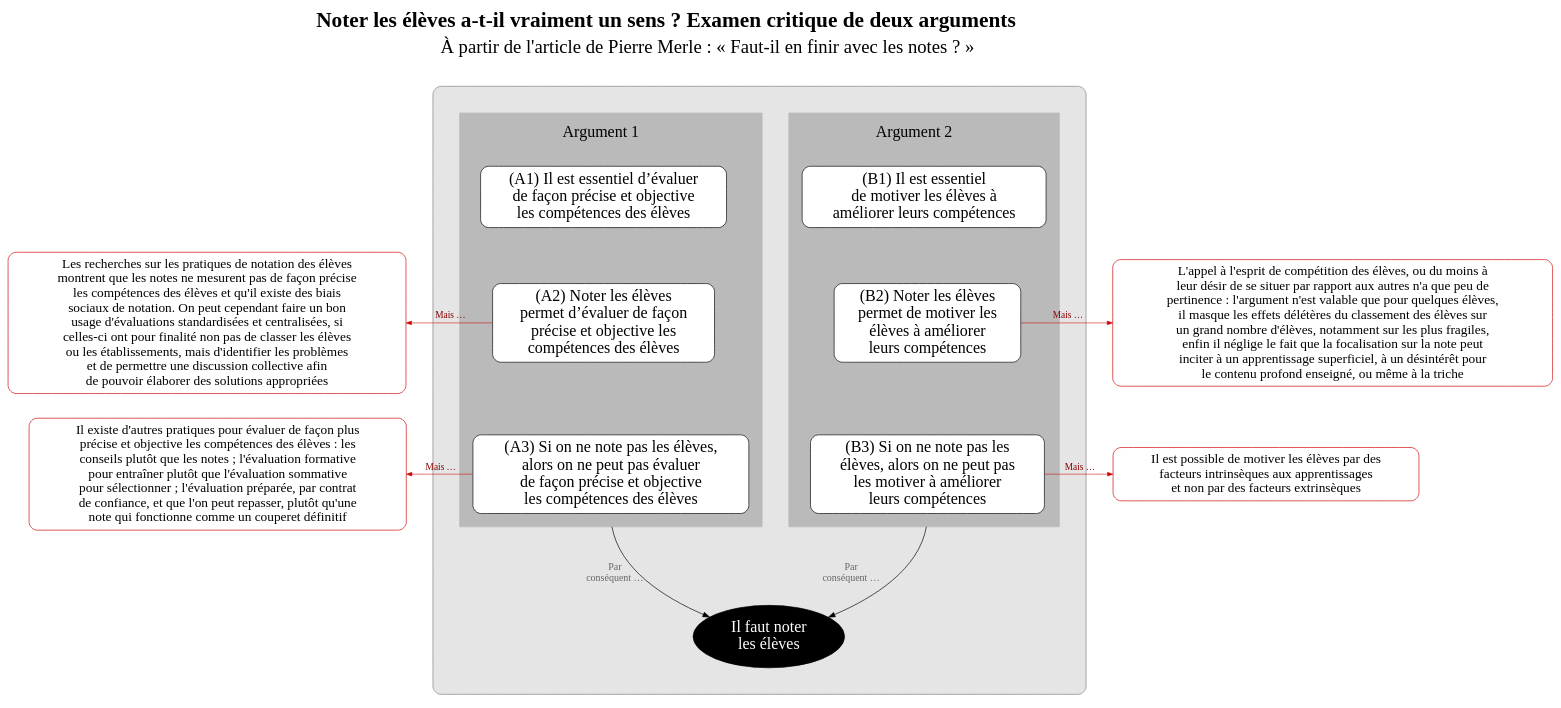
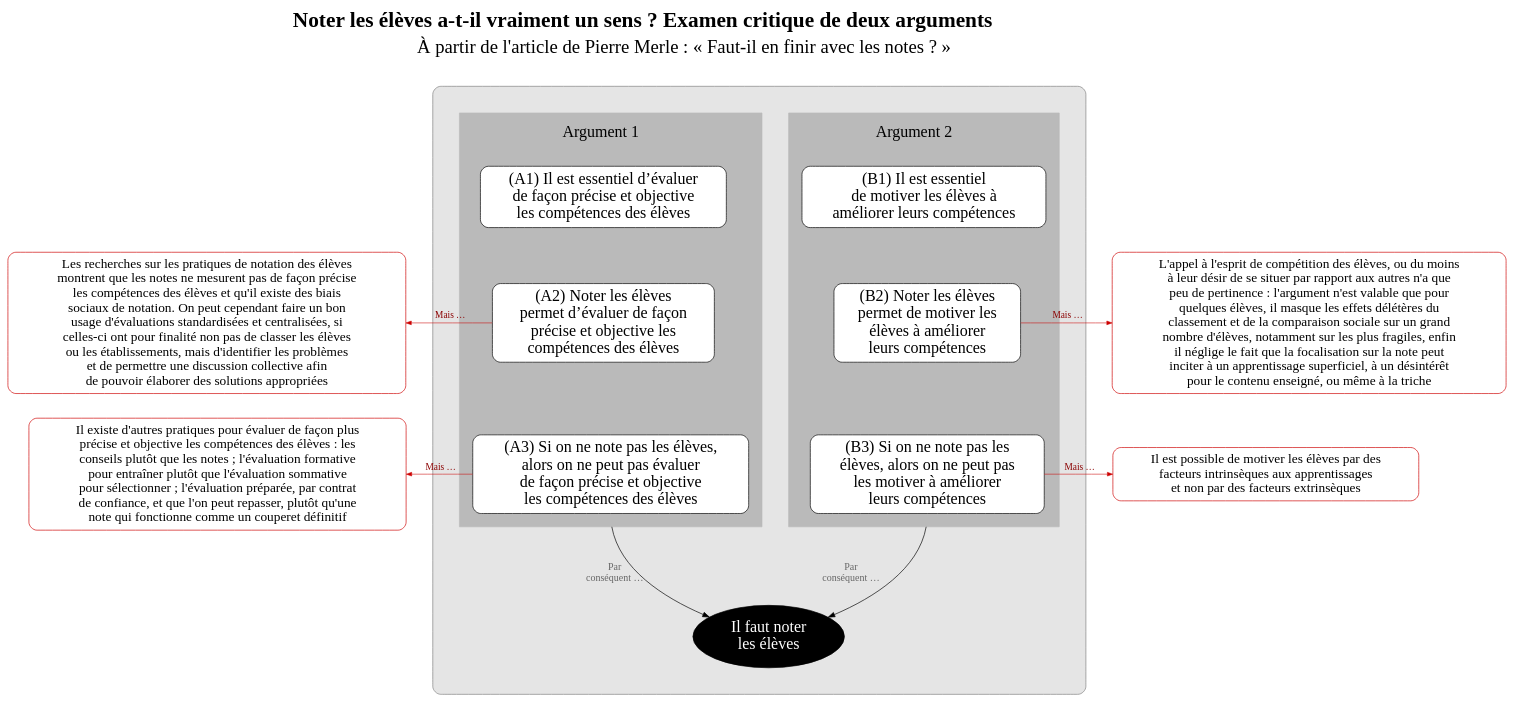
One commit to eyssette/graphviz-examples changed the diagram in argument/noter-les-eleves-objections-de-Pierre-Merle.dot. Above: the diagram before and after it, drawn with Graphviz.

```diff
--- a/argument/noter-les-eleves-objections-de-Pierre-Merle.dot
+++ b/argument/noter-les-eleves-objections-de-Pierre-Merle.dot
@@ -1,129 +1,130 @@
 digraph G {
 splines=true
 newrank=true
 compound=true
 
 label=<<FONT point-size="32"><b>Noter les élèves a-t-il vraiment un sens ? Examen critique de deux arguments</b><br/><FONT point-size="10"><br/></FONT><FONT point-size="28">À partir de l'article de Pierre Merle : « Faut-il en finir avec les notes ? »</FONT><br/><br/></FONT>>
 labelloc=t
 
 node[color=red3, style="rounded, filled", shape="box", fillcolor=white, penwidth=1, fontcolor=black, fontsize=20, margin=0.1]
 ob2[label="Les recherches sur les pratiques de notation des élèves
 montrent que les notes ne mesurent pas de façon précise
 les compétences des élèves et qu'il existe des biais
 sociaux de notation. On peut cependant faire un bon
 usage d'évaluations standardisées et centralisées, si
 celles-ci ont pour finalité non pas de classer les élèves
 ou les établissements, mais d'identifier les problèmes
 et de permettre une discussion collective afin
 de pouvoir élaborer des solutions appropriées"]
 ob3[label="Il existe d'autres pratiques pour évaluer de façon plus
 précise et objective les compétences des élèves : les
 conseils plutôt que les notes ; l'évaluation formative
 pour entraîner plutôt que l'évaluation sommative
 pour sélectionner ; l'évaluation préparée, par contrat
 de confiance, et que l'on peut repasser, plutôt qu'une
 note qui fonctionne comme un couperet définitif"]
 
 node[shape=box, fillcolor=white, style="filled,rounded", color=black, fontsize=24, penwidth=1,fontcolor=black, margin=0.1]
 edge[minlen=2,color=red3, penwidth=0.8, arrowsize=0.8, label=" Mais …", fontcolor=red4,fontsize=14]
 {rank=same;ob2->pb2[dir=back]}
 {rank=same;ob3->pb3[dir=back]}
 
 subgraph cluster_0 {
 label=""
 bgcolor=grey90
 style=rounded
 color=grey50
 margin=40
 
 
 
 node[shape=box, fillcolor=white, style="filled,rounded", color=black]
 edge[label="",xlabel="Par
 conséquent …",fontcolor=grey40;fontsize=15,minlen=3,color=black,penwidth=1, arrowsize=1]
 
 
 
 subgraph cluster_1 {
 label=<<br/><font point-size="24">Argument 2<br/></font><br/>>
 style="box"
 margin=20
 bgcolor=grey73
 color=grey73
 
 p1[label="(B1) Il est essentiel
 de motiver les élèves à
 améliorer leurs compétences"]
 
 p2[label="(B2) Noter les élèves
 permet de motiver les
 élèves à améliorer
 leurs compétences"]
 
 p3[label="(B3) Si on ne note pas les
 élèves, alors on ne peut pas
 les motiver à améliorer
 leurs compétences"]
 
 p1->p2->p3[style=invis,xlabel="",minlen=1]
 
 // p2:s->p3:n[ltail=cluster_1]
 //p2:w->p3:n[ltail=cluster_1]
 // p3[label="(3) Lemme 1"]
 
 // {rank=same;p3->p4[style=invis]}
 
 // p4[label="(4) Prémisse 3"]
 }
 
 subgraph cluster_2 {
 label=<<br/><font point-size="24">Argument 1<br/></font><br/>>
 style="box"
 margin=20
 bgcolor=grey73
 color=grey73
 
 pb1[label="(A1) Il est essentiel d’évaluer
 de façon précise et objective
 les compétences des élèves"]
 
 pb2[label="(A2) Noter les élèves
 permet d’évaluer de façon
 précise et objective les
 compétences des élèves"]
 
 pb3[label="(A3) Si on ne note pas les élèves,
 alors on ne peut pas évaluer
 de façon précise et objective
 les compétences des élèves"]
 
 pb1->pb2->pb3[style=invis,xlabel="",minlen=1]
 
 }
 
 p3:s->C:wn[ltail=cluster_1]
 pb3:s->C:en[ltail=cluster_2]
 
 C[label="Il faut noter
 les élèves",fillcolor=black, fontcolor=white, color=black, shape=ellipse]
 
 
 }
 
 node[color=red3, style="rounded, filled", shape="box", fillcolor=white, penwidth=1, fontcolor=black, fontsize=20, margin=0.1]
-o2[label="L'appel à l'esprit de compétition des élèves, ou du moins à
-leur désir de se situer par rapport aux autres n'a que peu de
-pertinence : l'argument n'est valable que pour quelques élèves,
-il masque les effets délétères du classement des élèves sur
-un grand nombre d'élèves, notamment sur les plus fragiles,
-enfin il néglige le fait que la focalisation sur la note peut
-inciter à un apprentissage superficiel, à un désintérêt pour
-le contenu profond enseigné, ou même à la triche"]
+o2[label="L'appel à l'esprit de compétition des élèves, ou du moins
+à leur désir de se situer par rapport aux autres n'a que
+peu de pertinence : l'argument n'est valable que pour
+quelques élèves, il masque les effets délétères du
+classement et de la comparaison sociale sur un grand
+nombre d'élèves, notamment sur les plus fragiles, enfin
+il néglige le fait que la focalisation sur la note peut
+inciter à un apprentissage superficiel, à un désintérêt
+pour le contenu enseigné, ou même à la triche"]
 {rank=same;p2->o2}
 
 o3[label="Il est possible de motiver les élèves par des
 facteurs intrinsèques aux apprentissages
 et non par des facteurs extrinsèques"]
 {rank=same;p3->o3}
 
 }
```
